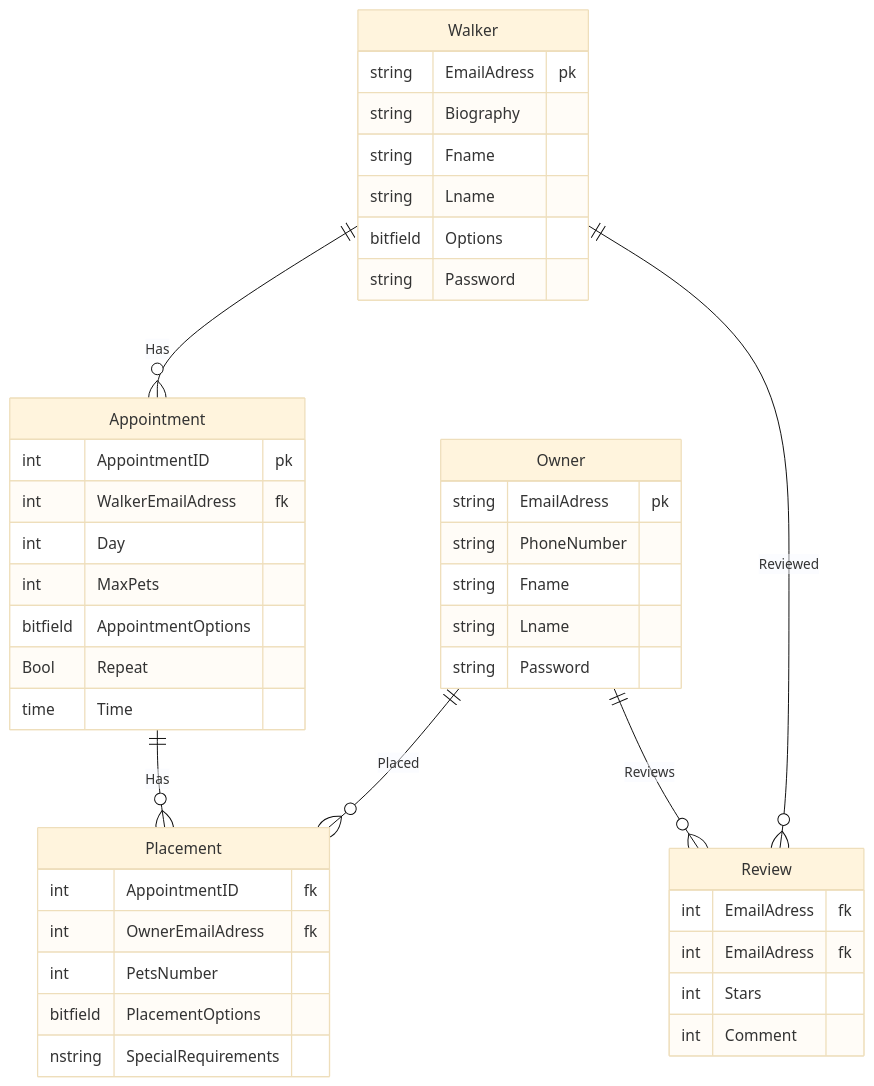
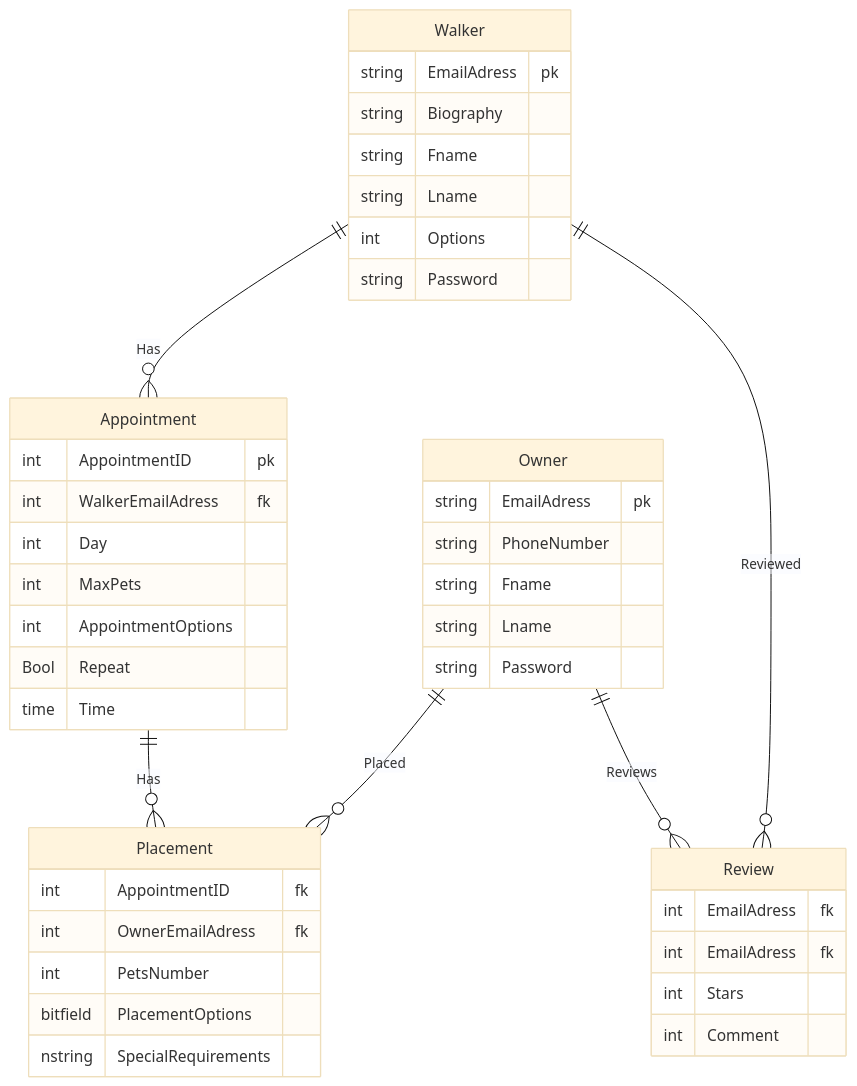
Before and after one commit to penguinjuice311/coursework: the diagram in erd.md, drawn with Mermaid (base theme).

````diff
--- a/erd.md
+++ b/erd.md
@@ -1,47 +1,47 @@
 ```mermaid
 erDiagram
 
 Walker ||--o{Appointment: Has
 Appointment ||--o{Placement: Has
 Owner ||--o{Placement: Placed
 Walker ||--o{Review: Reviewed
 Owner ||--o{Review: Reviews
 
 Walker {
   string EmailAdress pk
   string Biography 
   string Fname
   string Lname
-  bitfield Options
+  int Options
   string Password }
 
 Owner {
   string EmailAdress pk
   string PhoneNumber 
   string Fname
   string Lname
   string Password }
 
 Appointment {
   int AppointmentID pk
   int WalkerEmailAdress fk
   int Day 
   int MaxPets
-  bitfield AppointmentOptions
+  int AppointmentOptions
   Bool Repeat
   time Time }
 
 Placement {
   int AppointmentID fk
   int OwnerEmailAdress fk
   int PetsNumber
   bitfield PlacementOptions
   nstring SpecialRequirements }
 
 Review {
   int EmailAdress fk
   int EmailAdress fk
   int Stars
   int Comment }
 
 ```
````
